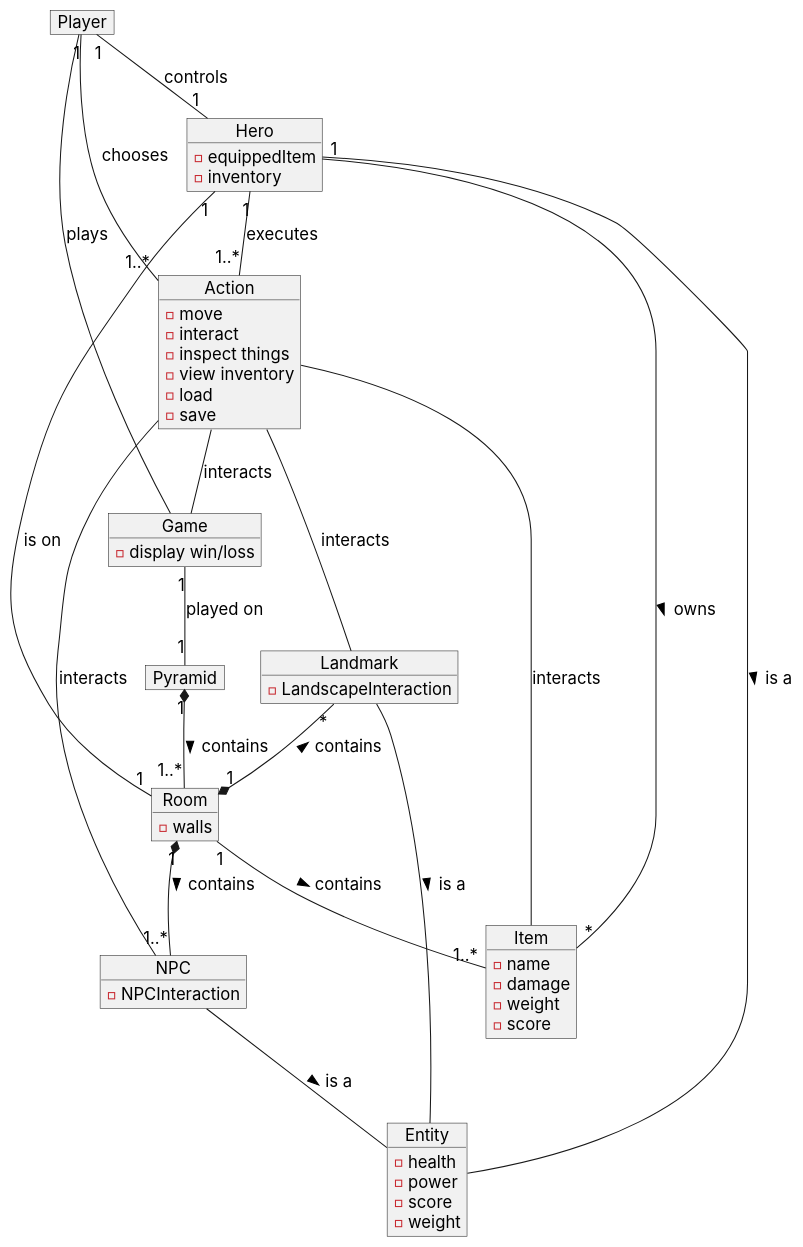
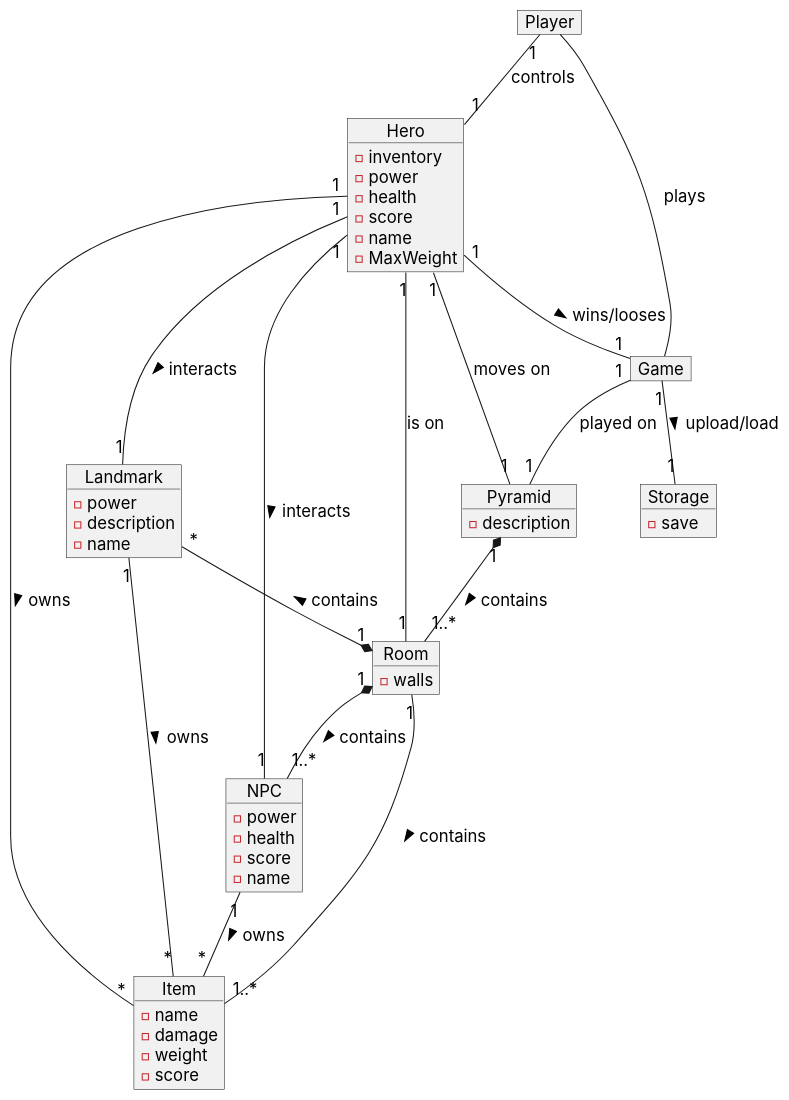
The diagram in plantuml/domain-model.plantuml (MarvinTheMoodLifter/escape-from-Dahshur), drawn with PlantUML before and after one commit.

Commit message:
9/6/2024

```diff
--- a/plantuml/domain-model.plantuml
+++ b/plantuml/domain-model.plantuml
@@ -1,69 +1,64 @@
 @startuml Domain Model
 skinparam DefaultFontName Inter
 skinparam DefaultFontSize 16
 skinparam DefaultFontStyle bold
 skinparam ArrowThickness 1
 hide empty members
 
 object "Hero" as Main_Character {
-  - equippedItem
   - inventory
+  - power
+  - health
+  - score
+  - name
+  -MaxWeight
 }
 object Game{
--display win/loss
+}
+object Storage{
+-save
 }
 object Player{
 }
 object Landmark{
-   -LandscapeInteraction
+   -power
+   -description
+   -name
 }
-object Entity {
-  - health
-  - power
-  - score
-  - weight
-}
-object Action{
-  -move 
-  -interact
-  -inspect things
-  -view inventory
-  -load
-  -save
 
-
-}
 object Item {
   - name
   - damage 
   - weight 
   - score
 }
 object NPC {
-  -NPCInteraction
+  -power
+  -health
+  -score
+  -name
 }
 object Pyramid {
+   - description
 }
 object Room {
    - walls
 }
 Room "1"-- "1..*" Item : contains >
 Pyramid "1"*--"1..*" Room: contains >
 Room "1"*-- "1..*" NPC : contains >
 Game "1"--"1" Pyramid: played on
 Main_Character "1"--"*" Item: owns >
-Entity -- Main_Character: is a <
-NPC -- Entity: is a >
-Landmark -- Entity: is a >
 Landmark "*"--*"1" Room: contains <
 Main_Character "1" -- "1" Room: is on
 Player "1"--"1" Main_Character: controls
 Player -- Game: plays
-Player "1"--"1..*" Action: chooses
-Main_Character "1"--"1..*" Action: executes
-Action -- Game: interacts
-Action -- NPC: interacts
-Action -- Landmark: interacts
-Action -- Item: interacts
+Main_Character "1"--"1" Pyramid: moves on
+Main_Character "1"--"1" Landmark: interacts >
+Main_Character "1"--"1" NPC: interacts >
+Main_Character "1"--"1" Game: wins/looses >
+NPC "1"--"*" Item: owns >
+Landmark "1"--"*" Item: owns >
+Game "1"--"1" Storage: upload/load >
 
 @enduml
```
